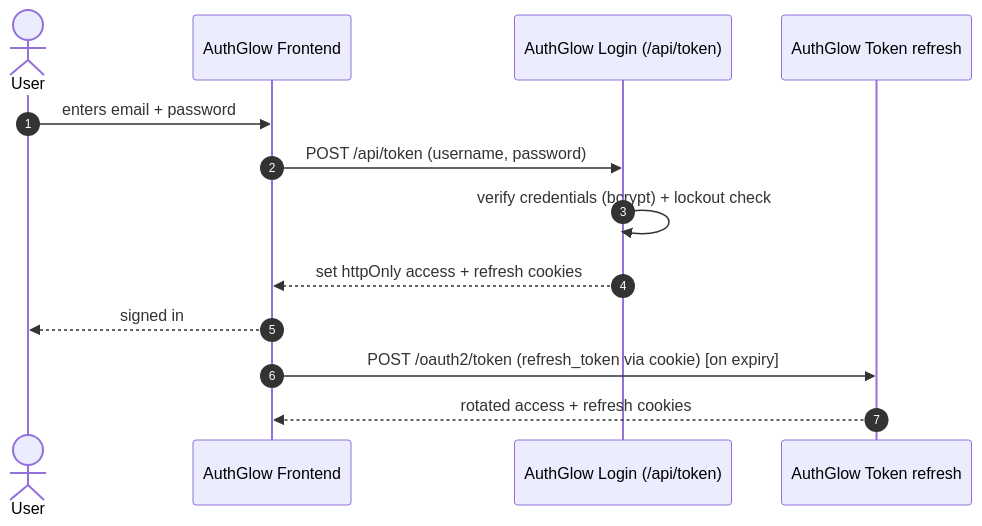
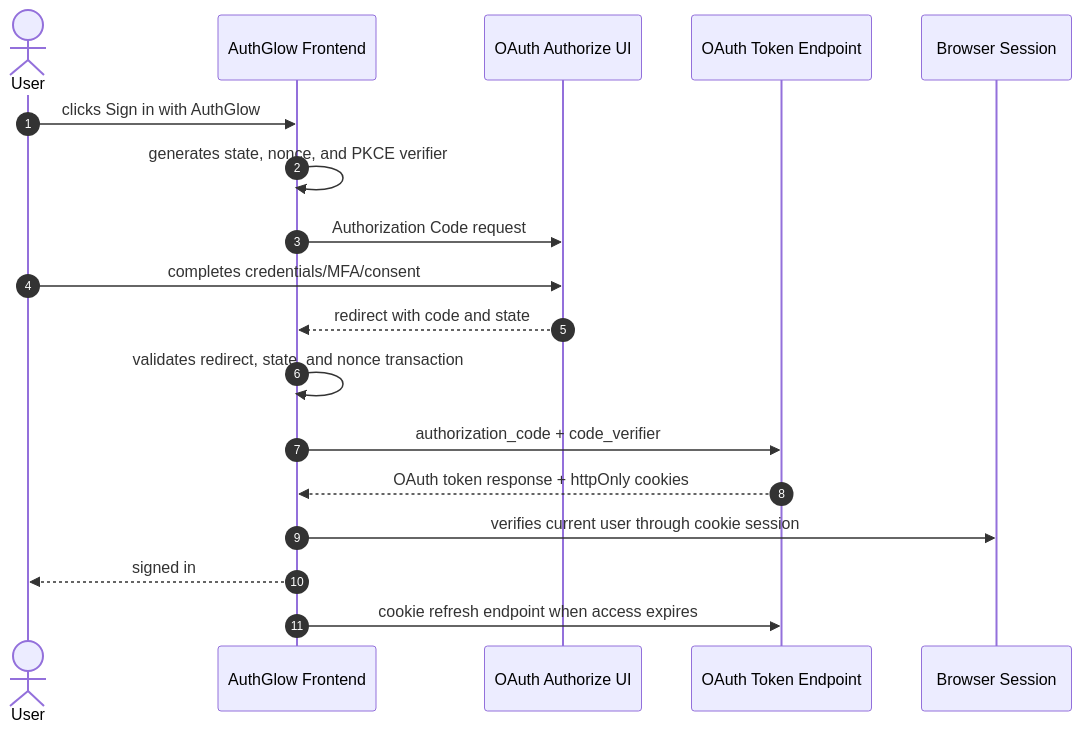
One commit to davideconsonni/authglow changed the diagram in docs/flows/first-party-browser-login.md. Above: the diagram before and after it, drawn with Mermaid. The commit also changed other lines of this file and 34 other files, not shown here.

````diff
--- a/docs/flows/first-party-browser-login.md
+++ b/docs/flows/first-party-browser-login.md
@@ -18,16 +21,21 @@
 ```mermaid
 sequenceDiagram
     autonumber
     actor U as User
     participant B as AuthGlow Frontend
-    participant A as AuthGlow Login (/api/token)
-    participant T as AuthGlow Token refresh
+    participant A as OAuth Authorize UI
+    participant T as OAuth Token Endpoint
+    participant S as Browser Session
 
-    U->>B: enters email + password
-    B->>A: POST /api/token (username, password)
-    A->>A: verify credentials (bcrypt) + lockout check
-    A-->>B: set httpOnly access + refresh cookies
+    U->>B: clicks Sign in with AuthGlow
+    B->>B: generates state, nonce, and PKCE verifier
+    B->>A: Authorization Code request
+    U->>A: completes credentials/MFA/consent
+    A-->>B: redirect with code and state
+    B->>B: validates redirect, state, and nonce transaction
+    B->>T: authorization_code + code_verifier
+    T-->>B: OAuth token response + httpOnly cookies
+    B->>S: verifies current user through cookie session
     B-->>U: signed in
-    B->>T: POST /oauth2/token (refresh_token via cookie) [on expiry]
-    T-->>B: rotated access + refresh cookies
+    B->>T: cookie refresh endpoint when access expires
 ```
````
